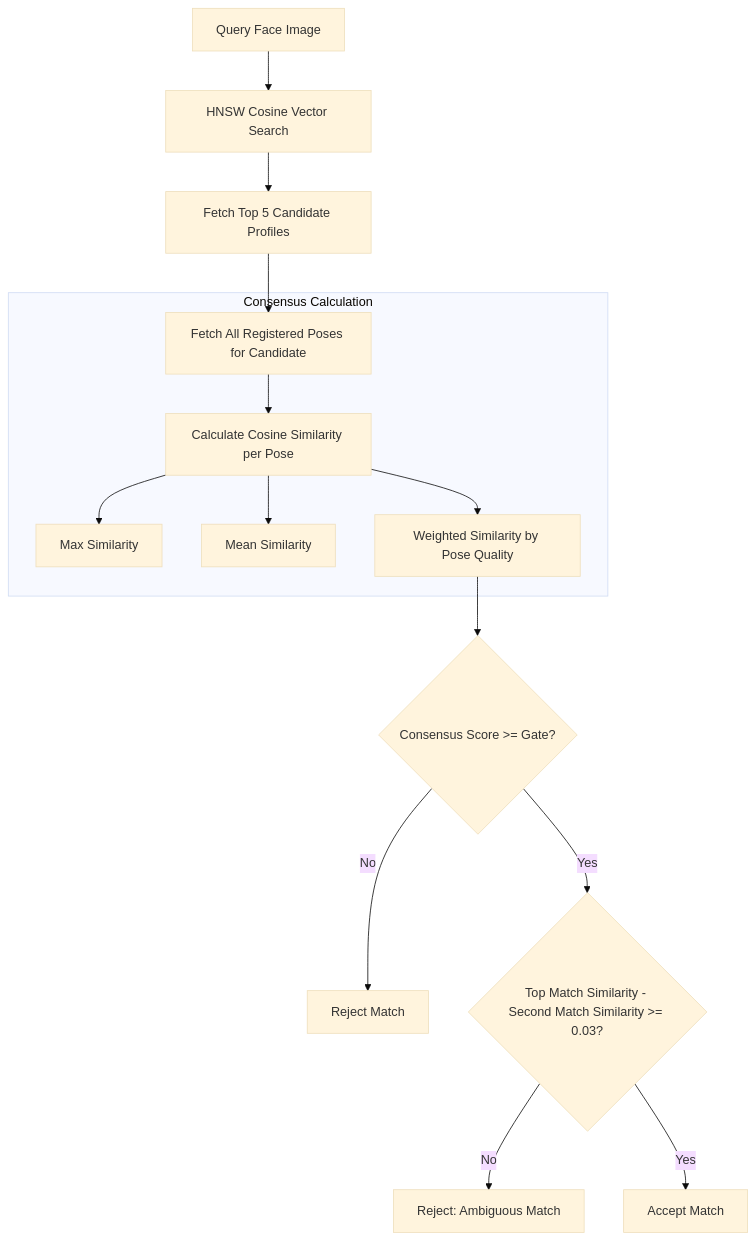
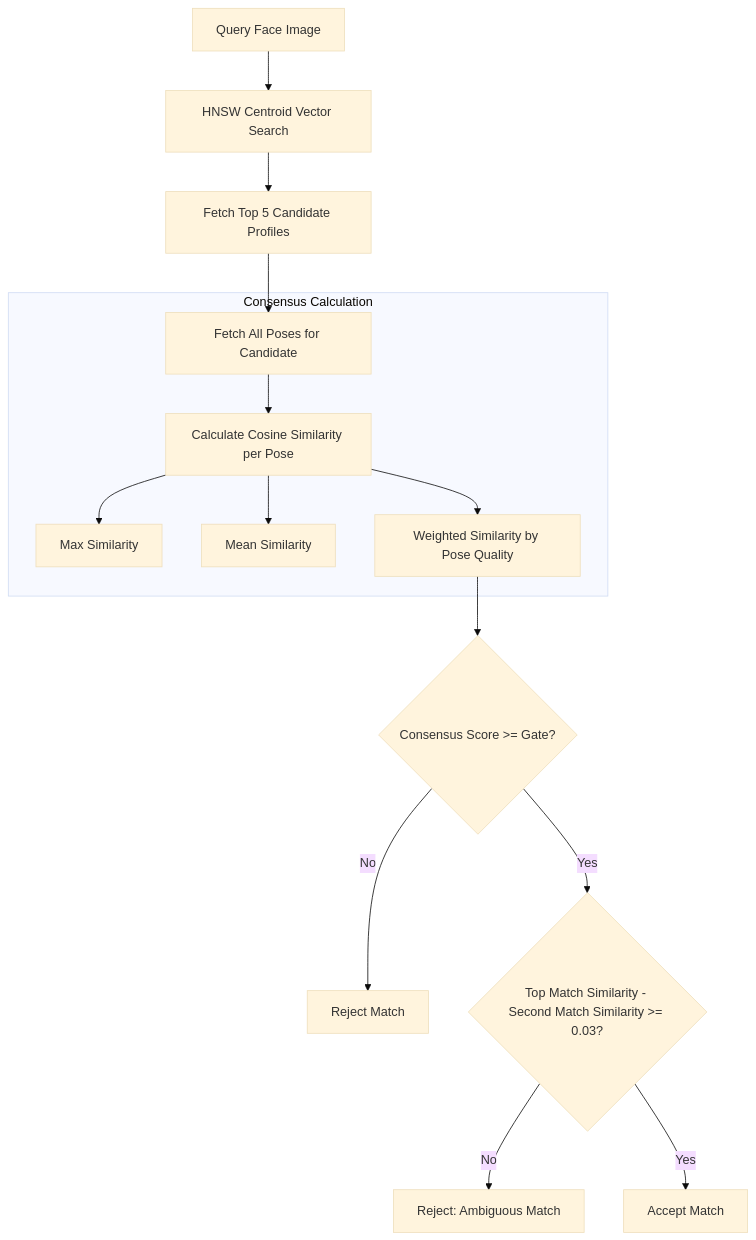
One commit to ankurrera/CareSyncMain changed the second of 2 diagrams in docs/BIOMETRIC_SYSTEM.md. Above: the diagram before and after it, drawn with Mermaid (base theme). The commit also changed other lines of this file and 226 other files, not shown here.

````diff
--- a/docs/BIOMETRIC_SYSTEM.md
+++ b/docs/BIOMETRIC_SYSTEM.md
@@ -111,20 +103,20 @@
 ```mermaid
 flowchart TD
-    Query[Query Face Image] --> DBHNSW[HNSW Cosine Vector Search]
+    Query[Query Face Image] --> DBHNSW[HNSW Centroid Vector Search]
     DBHNSW --> Candidates[Fetch Top 5 Candidate Profiles]
-    Candidates --> FetchAll[Fetch All Registered Poses for Candidate]
+    Candidates --> FetchAll[Fetch All Poses for Candidate]
     
     subgraph Consensus Calculation
         FetchAll --> CalcSims[Calculate Cosine Similarity per Pose]
         CalcSims --> MaxSim[Max Similarity]
         CalcSims --> MeanSim[Mean Similarity]
         CalcSims --> WSim[Weighted Similarity by Pose Quality]
     end
     
     WSim --> CheckGate{Consensus Score >= Gate?}
     CheckGate -->|No| Reject[Reject Match]
     CheckGate -->|Yes| AmbiguityCheck{Top Match Similarity - Second Match Similarity >= 0.03?}
     
     AmbiguityCheck -->|No| Ambiguous[Reject: Ambiguous Match]
     AmbiguityCheck -->|Yes| Accept[Accept Match]
 ```
````
